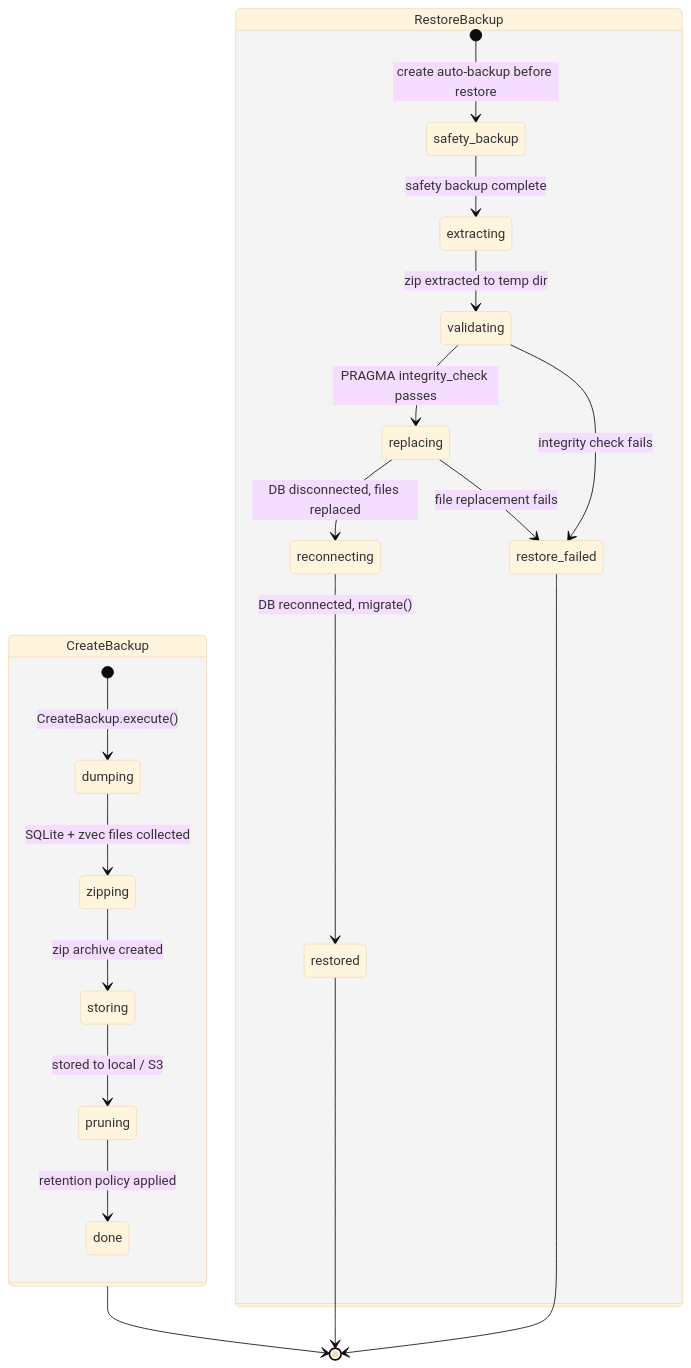
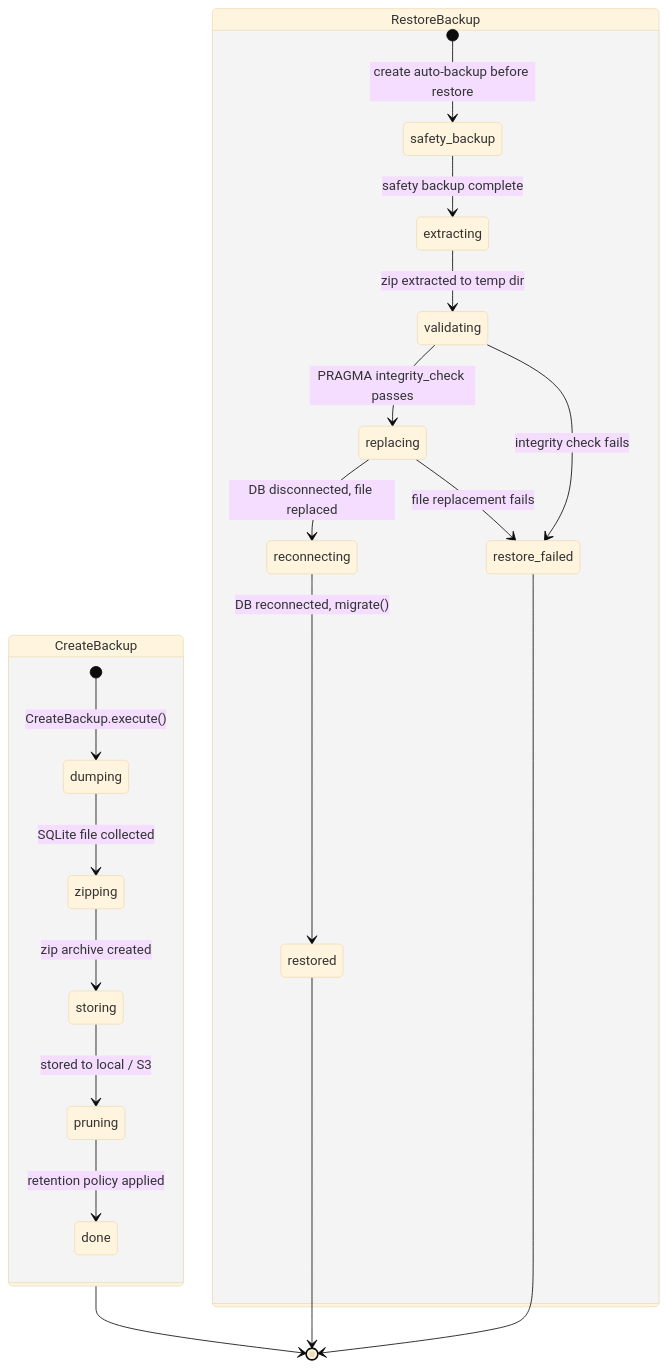
Before and after one commit to vukhanhtruong/flux: diagram 11 of 13 in docs/STATE-MACHINES.md, drawn with Mermaid (base theme). The commit also changed other lines of this file and 18 other files, not shown here.

First line of the commit message:
docs: update all references from zvec to sqlite-vec

````diff
--- a/docs/STATE-MACHINES.md
+++ b/docs/STATE-MACHINES.md
@@ -628,26 +614,26 @@
 ```mermaid
 stateDiagram-v2
     state "CreateBackup" as create {
         [*] --> dumping : CreateBackup.execute()
-        dumping --> zipping : SQLite + zvec files collected
+        dumping --> zipping : SQLite file collected
         zipping --> storing : zip archive created
         storing --> pruning : stored to local / S3
         pruning --> done : retention policy applied
     }
 
     state "RestoreBackup" as restore {
         [*] --> safety_backup : create auto-backup before restore
         safety_backup --> extracting : safety backup complete
         extracting --> validating : zip extracted to temp dir
         validating --> replacing : PRAGMA integrity_check passes
-        replacing --> reconnecting : DB disconnected, files replaced
+        replacing --> reconnecting : DB disconnected, file replaced
         reconnecting --> restored : DB reconnected, migrate()
 
         validating --> restore_failed : integrity check fails
         replacing --> restore_failed : file replacement fails
     }
 
     create --> [*]
     restored --> [*]
     restore_failed --> [*]
 ```
````
